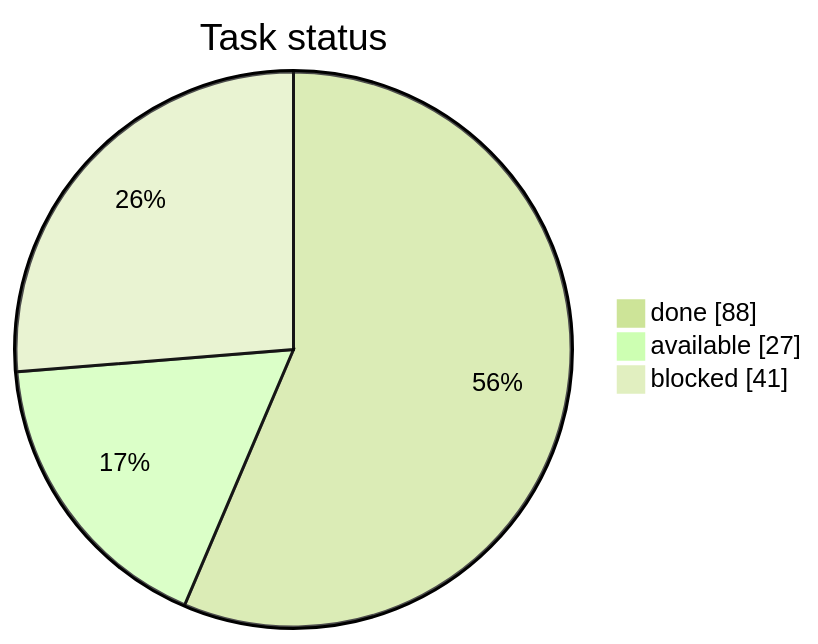
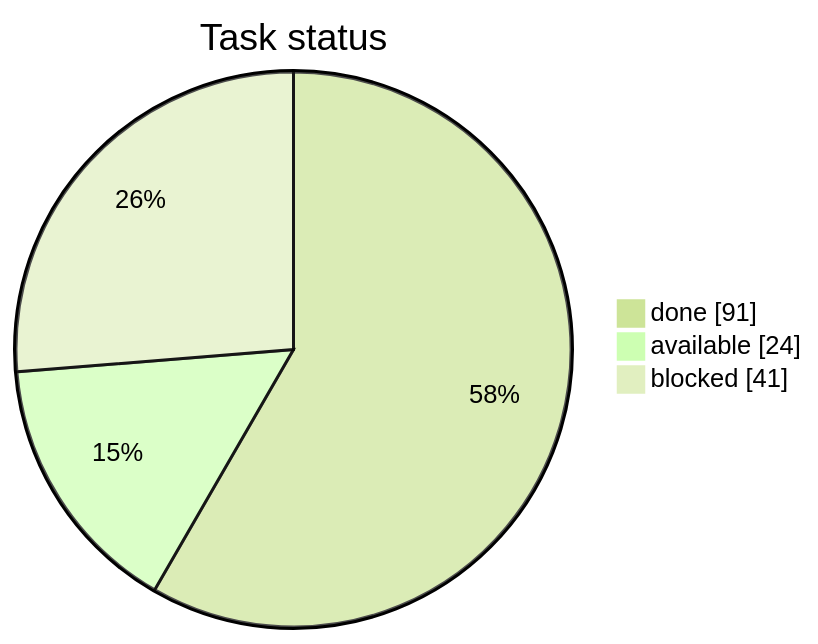
The first of 3 diagrams in STATUS.md (artemiiShabanov/RallyRivals), drawn with Mermaid (forest theme) before and after one commit. The commit also changed other lines of this file and 25 other files, not shown here.

````diff
--- a/STATUS.md
+++ b/STATUS.md
@@ -7,7 +7,7 @@
 ```mermaid
 pie showData
     title Task status
-    "done" : 88
-    "available" : 27
+    "done" : 91
+    "available" : 24
     "blocked" : 41
 ```
````
